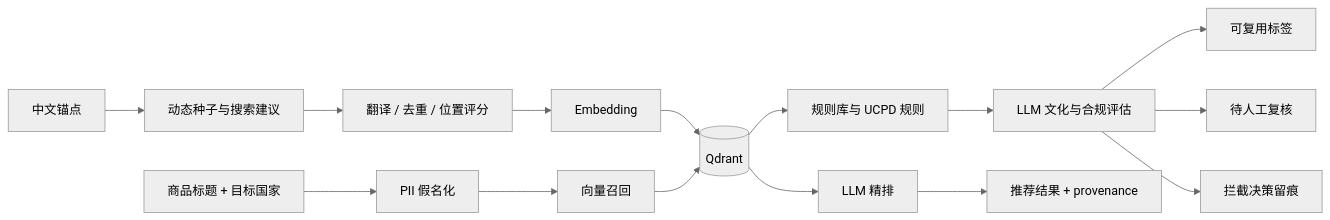
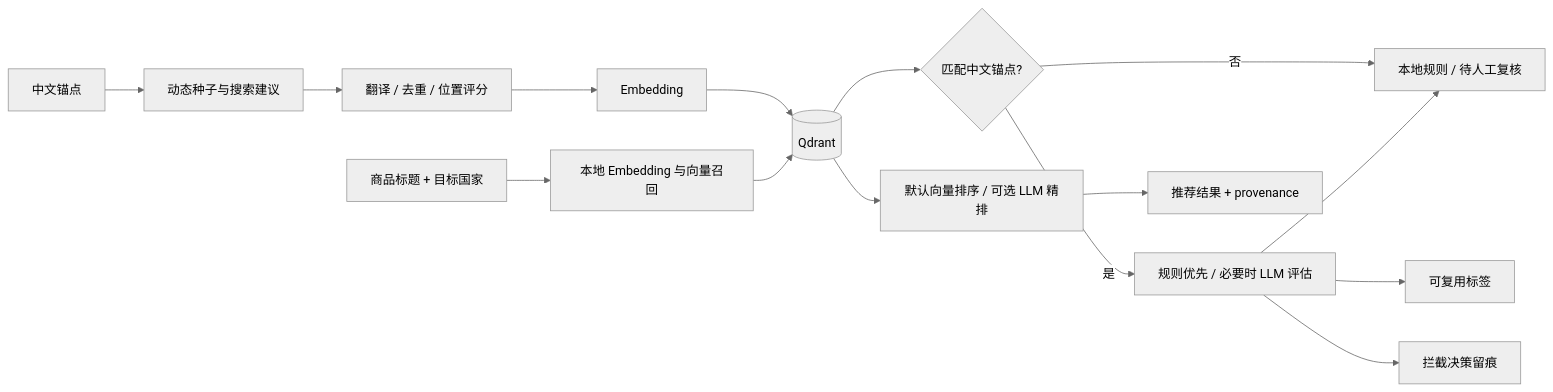
The diagram in README.md (Wyulng/joytag), drawn with Mermaid (neutral theme) before and after one commit. The commit also changed other lines of this file and 13 other files, not shown here.

Commit message:
feat: reduce llm usage in default flows

```diff
--- a/README.md
+++ b/README.md
@@ -42,18 +42,18 @@
 ~~~mermaid
 flowchart LR
     A[中文锚点] --> B[动态种子与搜索建议]
     B --> C[翻译 / 去重 / 位置评分]
     C --> D[Embedding]
     D --> E[(Qdrant)]
-    E --> F[规则库与 UCPD 规则]
-    F --> G[LLM 文化与合规评估]
+    E --> F{匹配中文锚点?}
+    F -- 否 --> I[本地规则 / 待人工复核]
+    F -- 是 --> G[规则优先 / 必要时 LLM 评估]
     G --> H[可复用标签]
-    G --> I[待人工复核]
+    G --> I
     G --> J[拦截决策留痕]
 
-    K[商品标题 + 目标国家] --> L[PII 假名化]
-    L --> M[向量召回]
+    K[商品标题 + 目标国家] --> M[本地 Embedding 与向量召回]
     M --> E
-    E --> N[LLM 精排]
+    E --> N[默认向量排序 / 可选 LLM 精排]
     N --> O[推荐结果 + provenance]
 ~~~
```
